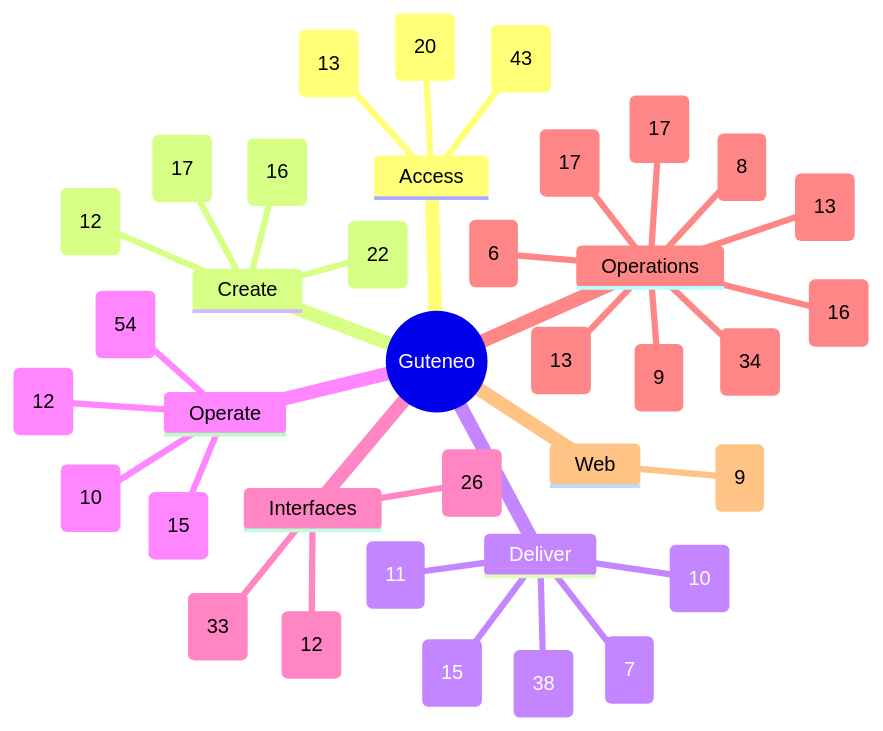
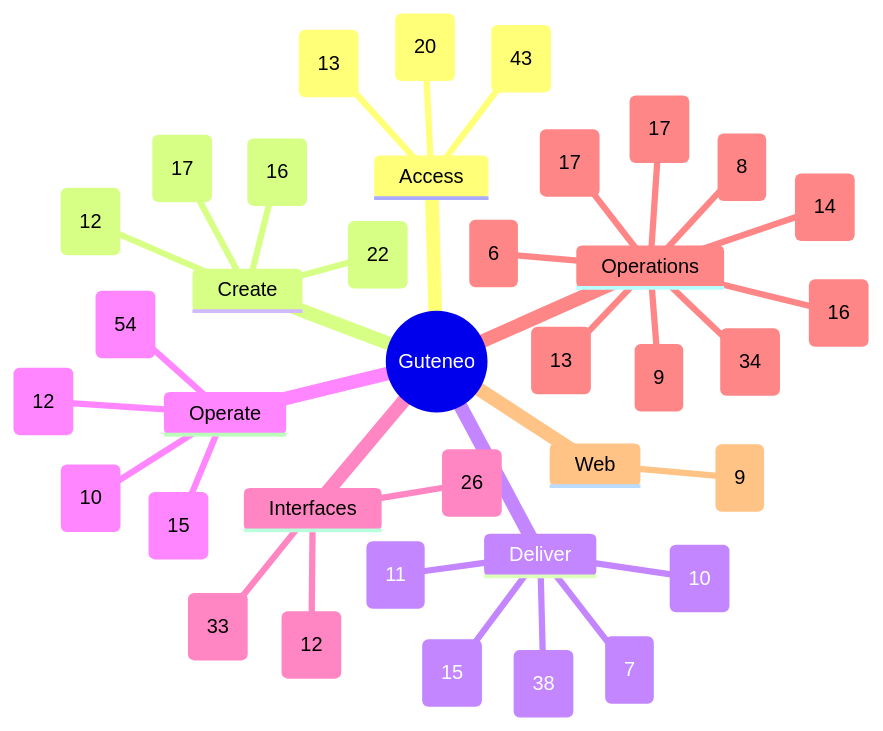
Before and after one commit to nclsppr/guteneo: the diagram in docs/FEATURE_MAP.md, drawn with Mermaid. The commit also changed other lines of this file and 19 other files, not shown here.

````diff
--- a/docs/FEATURE_MAP.md
+++ b/docs/FEATURE_MAP.md
@@ -13,40 +13,40 @@
 ```mermaid
 mindmap
   root((Guteneo))
     Access
       Access and identity (43)
       Team and responsibilities (13)
       Workspace administration and reports (20)
     Create
       Documents and protection (22)
       Template studio (16)
       Data and mappings (12)
       PDF generation and distribution (17)
     Deliver
       Fax (10)
       Postal mail (11)
       Email and protected links (15)
       Sensitive distribution and personal documents (38)
       Dispatch dry run (7)
     Operate
       Campaigns and tracking (15)
       Credits and billing (10)
       Workspace layout and browser appearance (54)
       PDF verification (12)
     Interfaces
       Assistants and API (33)
       iPhone and iPad (12)
       Public pages, languages and appearance (26)
     Operations
       Reviewer OAuth qualification (9)
       Operations and reliability (34)
       Belvédère platform oversight (17)
       Public service status (16)
       Engineering documentation (13)
       Codex Cloud development (8)
       Continuous reviewer preparation (6)
-      Automatic fax tariff maintenance (13)
+      Automatic fax tariff maintenance (14)
       Consumed provider freshness and preventive deadline actions (17)
     Web
       Gare browser experience (9)
 ```
````
